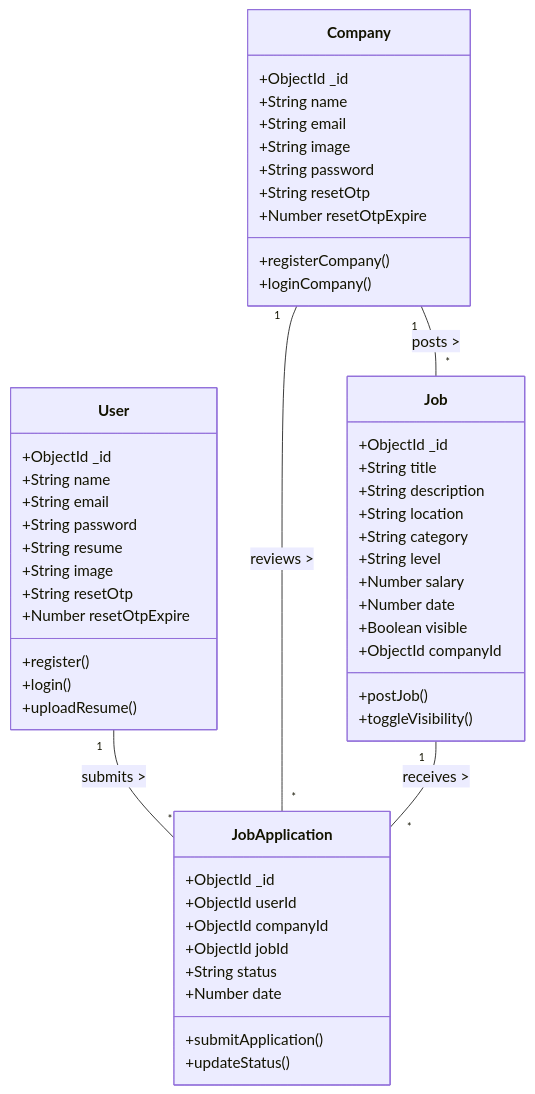
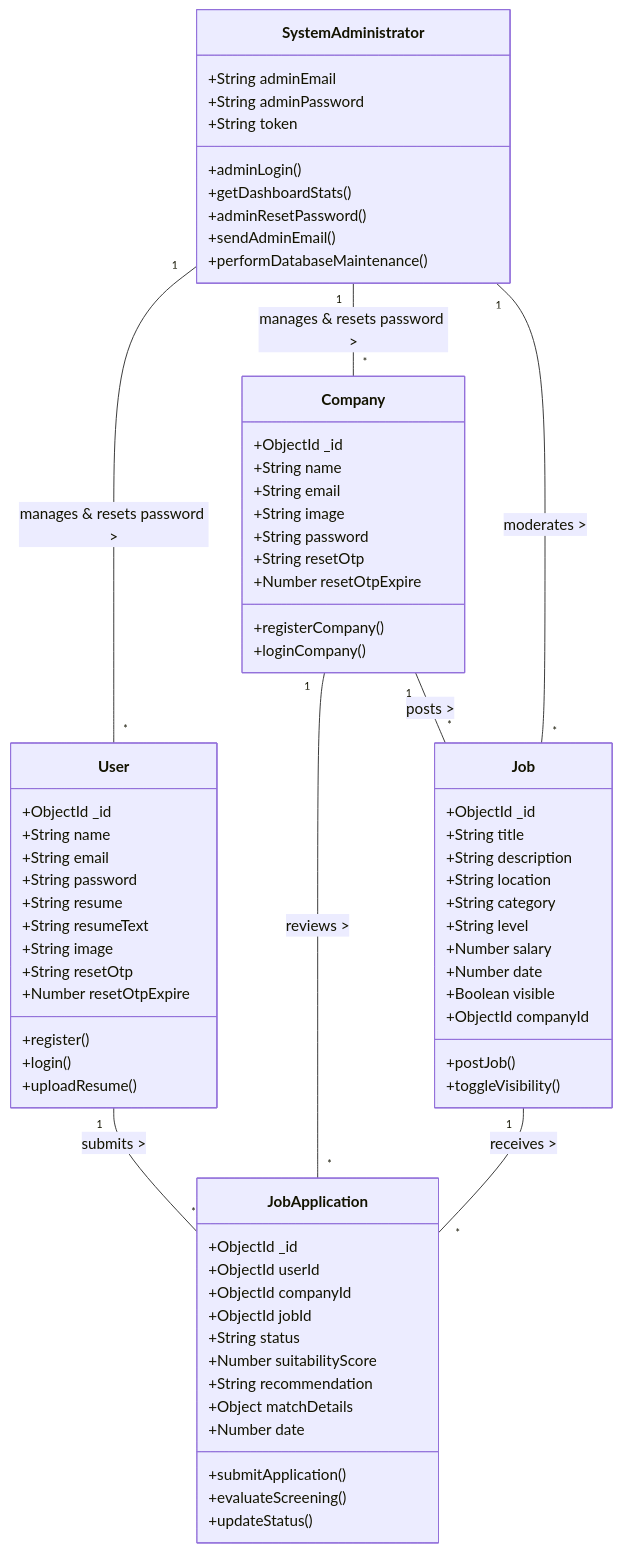
The fourth of 7 diagrams in Final_Project_Report.md (Iconicsam-git/job-portal), drawn with Mermaid before and after one commit. The commit also changed other lines of this file and 33 other files, not shown here.

````diff
--- a/Final_Project_Report.md
+++ b/Final_Project_Report.md
@@ -716,59 +743,78 @@
 ```mermaid
 classDiagram
     class User {
         +ObjectId _id
         +String name
         +String email
         +String password
         +String resume
+        +String resumeText
         +String image
         +String resetOtp
         +Number resetOtpExpire
         +register()
         +login()
         +uploadResume()
     }
 
     class Company {
         +ObjectId _id
         +String name
         +String email
         +String image
         +String password
         +String resetOtp
         +Number resetOtpExpire
         +registerCompany()
         +loginCompany()
     }
 
     class Job {
         +ObjectId _id
         +String title
         +String description
         +String location
         +String category
         +String level
         +Number salary
         +Number date
         +Boolean visible
         +ObjectId companyId
         +postJob()
         +toggleVisibility()
     }
 
     class JobApplication {
         +ObjectId _id
         +ObjectId userId
         +ObjectId companyId
         +ObjectId jobId
         +String status
+        +Number suitabilityScore
+        +String recommendation
+        +Object matchDetails
         +Number date
         +submitApplication()
+        +evaluateScreening()
         +updateStatus()
+    }
+
+    class SystemAdministrator {
+        +String adminEmail
+        +String adminPassword
+        +String token
+        +adminLogin()
+        +getDashboardStats()
+        +adminResetPassword()
+        +sendAdminEmail()
+        +performDatabaseMaintenance()
     }
 
     Company "1" -- "*" Job : posts >
     User "1" -- "*" JobApplication : submits >
     Company "1" -- "*" JobApplication : reviews >
     Job "1" -- "*" JobApplication : receives >
+    SystemAdministrator "1" -- "*" User : manages & resets password >
+    SystemAdministrator "1" -- "*" Company : manages & resets password >
+    SystemAdministrator "1" -- "*" Job : moderates >
 ```
````
